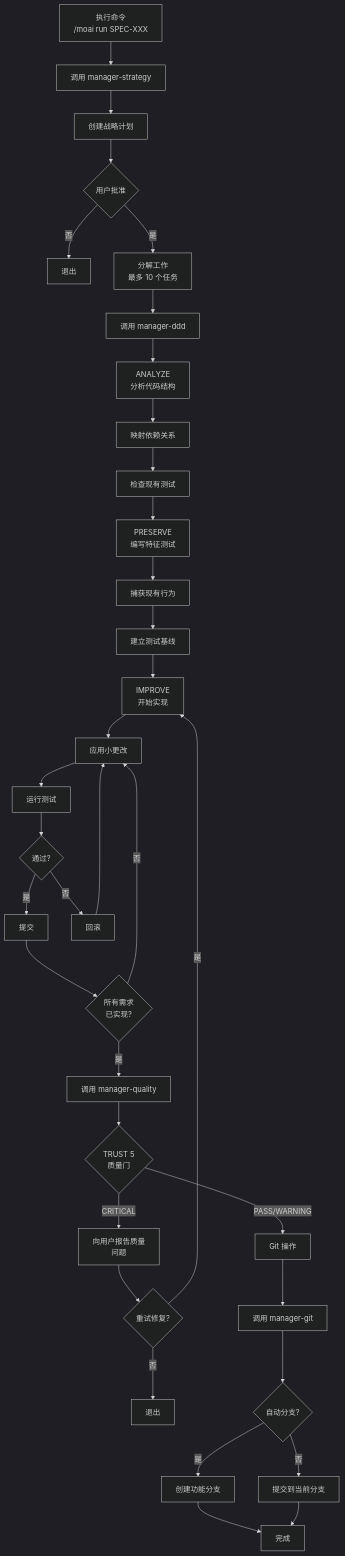
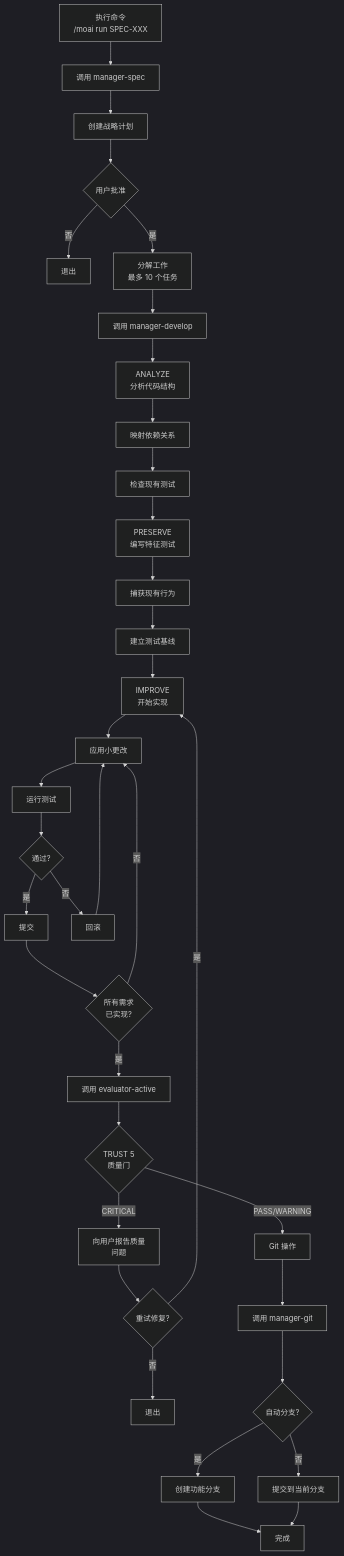
One commit to modu-ai/moai-adk changed the second of 2 diagrams in docs-site/content/zh/workflow-commands/moai-run.md. Above: the diagram before and after it, drawn with Mermaid (dark theme). The commit also changed other lines of this file and 153 other files, not shown here.

````diff
--- a/docs-site/content/zh/workflow-commands/moai-run.md
+++ b/docs-site/content/zh/workflow-commands/moai-run.md
@@ -114,45 +114,45 @@
 ```mermaid
 flowchart TD
-    A["执行命令<br/>/moai run SPEC-XXX"] --> B["调用 manager-strategy"]
+    A["执行命令<br/>/moai run SPEC-XXX"] --> B["调用 manager-spec"]
     B --> C["创建战略计划"]
 
     C --> D{"用户批准"}
     D -->|否| E["退出"]
     D -->|是| F["分解工作<br/>最多 10 个任务"]
 
-    F --> G["调用 manager-ddd"]
+    F --> G["调用 manager-develop"]
     G --> H["ANALYZE<br/>分析代码结构"]
     H --> I["映射依赖关系"]
     I --> J["检查现有测试"]
 
     J --> K["PRESERVE<br/>编写特征测试"]
     K --> L["捕获现有行为"]
     L --> M["建立测试基线"]
 
     M --> N["IMPROVE<br/>开始实现"]
     N --> O["应用小更改"]
     O --> P["运行测试"]
     P --> Q{"通过?"}
     Q -->|是| R["提交"]
     R --> S{"所有需求<br/>已实现?"}
     S -->|否| O
-    S -->|是| T["调用 manager-quality"]
+    S -->|是| T["调用 evaluator-active"]
 
     Q -->|否| U["回滚"]
     U --> O
 
     T --> V{"TRUST 5<br/>质量门"}
     V -->|CRITICAL| W["向用户报告质量<br/>问题"]
     V -->|PASS/WARNING| X["Git 操作"]
 
     W --> Y{"重试修复?"}
     Y -->|是| N
     Y -->|否| Z["退出"]
 
     X --> AA["调用 manager-git"]
     AA --> AB{"自动分支?"}
     AB -->|是| AC["创建功能分支"]
     AB -->|否| AD["提交到当前分支"]
     AC --> AE["完成"]
     AD --> AE
 ```
````
